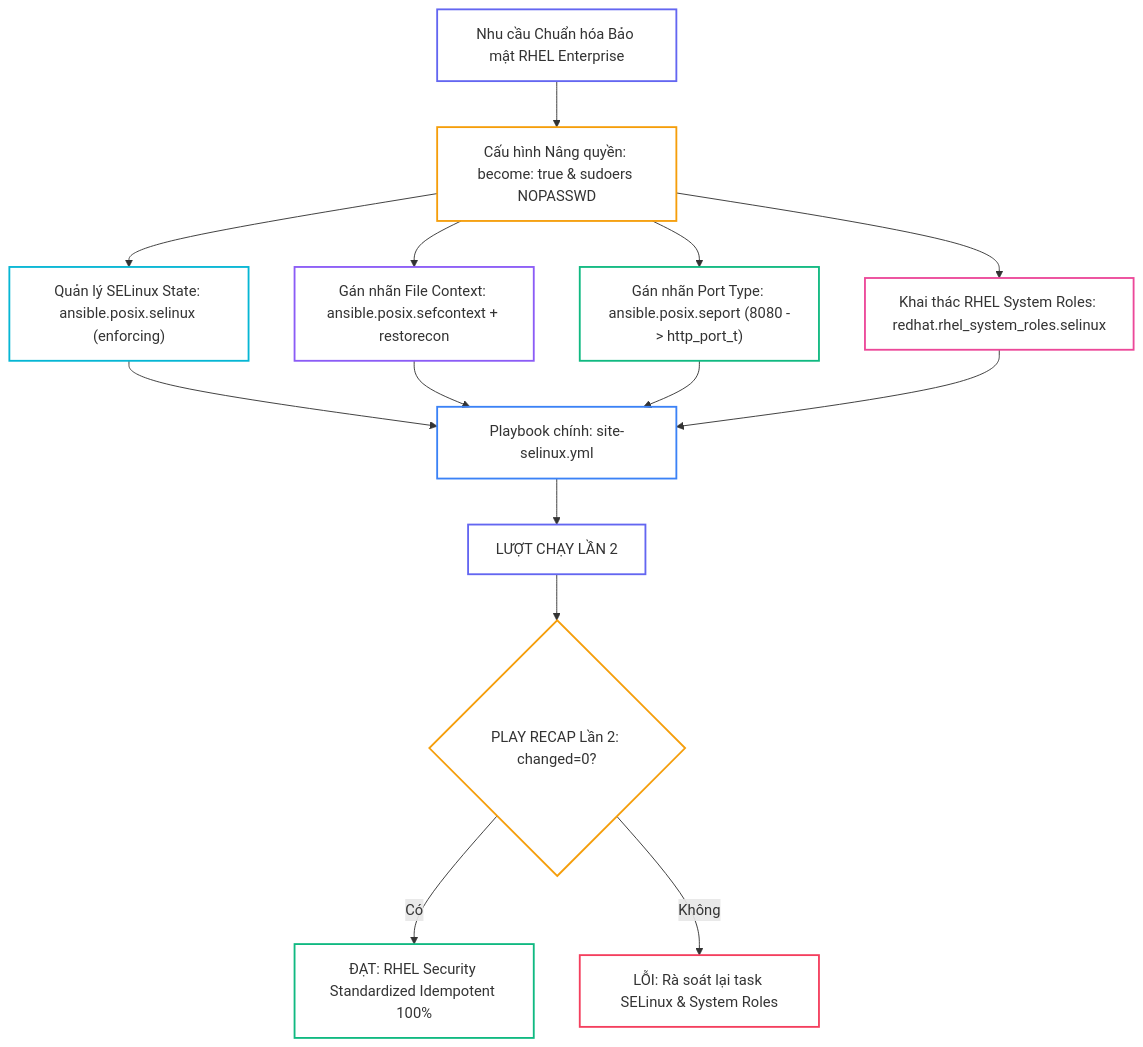
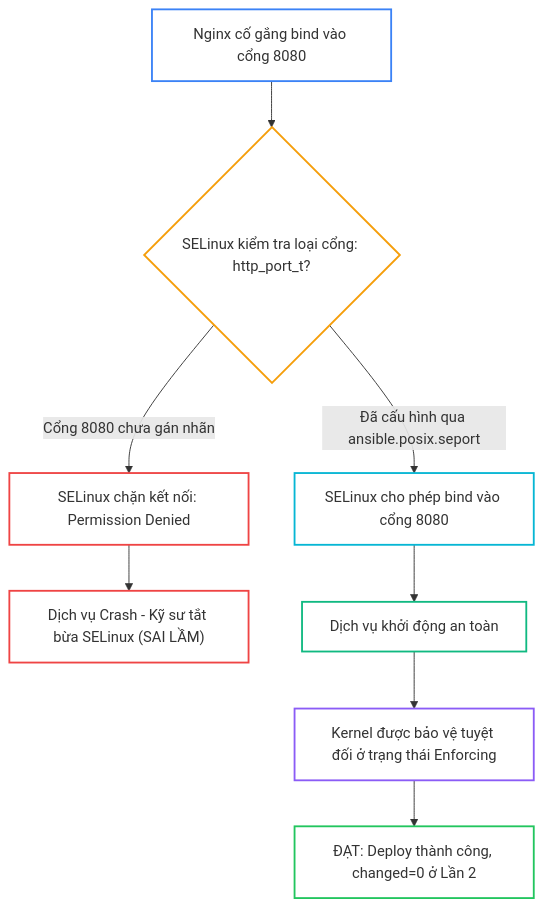
One commit to kiennt308/ntk changed the second of 3 diagrams in _posts/2026-09-13-ansible-21-21-system-roles-selinux.md. Above: the diagram before and after it, drawn with Mermaid. The commit also changed other lines of this file and 30 other files, not shown here.

````diff
--- a/_posts/2026-09-13-ansible-21-21-system-roles-selinux.md
+++ b/_posts/2026-09-13-ansible-21-21-system-roles-selinux.md
@@ -339,32 +225,20 @@
 ```mermaid
 flowchart TD
-    A["Nhu cầu Chuẩn hóa Bảo mật RHEL Enterprise"] --> B["Cấu hình Nâng quyền: become: true & sudoers NOPASSWD"]
+    A["Nginx cố gắng bind vào cổng 8080"] --> B{"SELinux kiểm tra loại cổng: http_port_t?"}
+    B -->|"Cổng 8080 chưa gán nhãn"| C["SELinux chặn kết nối: Permission Denied"]
+    C --> D["Dịch vụ Crash - Kỹ sư tắt bừa SELinux (SAI LẦM)"]
     
-    B --> C["Quản lý SELinux State: ansible.posix.selinux (enforcing)"]
-    B --> D["Gán nhãn File Context: ansible.posix.sefcontext + restorecon"]
-    B --> E["Gán nhãn Port Type: ansible.posix.seport (8080 -> http_port_t)"]
-    B --> F["Khai thác RHEL System Roles: redhat.rhel_system_roles.selinux"]
-    
-    C --> G["Playbook chính: site-selinux.yml"]
-    D --> G
-    E --> G
-    F --> G
-    
-    G --> H["LƯỢT CHẠY LẦN 2"]
-    H --> I{"PLAY RECAP Lần 2: changed=0?"}
-    
-    I -->|"Có"| J["ĐẠT: RHEL Security Standardized Idempotent 100%"]
-    I -->|"Không"| K["LỖI: Rà soát lại task SELinux & System Roles"]
+    B -->|"Đã cấu hình qua ansible.posix.seport"| E["SELinux cho phép bind vào cổng 8080"]
+    E --> F["Dịch vụ khởi động an toàn"]
+    F --> G["Kernel được bảo vệ tuyệt đối ở trạng thái Enforcing"]
+    G --> H["ĐẠT: Deploy thành công, changed=0 ở Lần 2"]
 
-    style A fill:none,stroke:#6366f1,stroke-width:2px
+    style A fill:none,stroke:#3b82f6,stroke-width:2px
     style B fill:none,stroke:#f59e0b,stroke-width:2px
-    style C fill:none,stroke:#06b6d4,stroke-width:2px
-    style D fill:none,stroke:#8b5cf6,stroke-width:2px
-    style E fill:none,stroke:#10b981,stroke-width:2px
-    style F fill:none,stroke:#ec4899,stroke-width:2px
-    style G fill:none,stroke:#3b82f6,stroke-width:2px
-    style H fill:none,stroke:#6366f1,stroke-width:2px
-    style I fill:none,stroke:#f59e0b,stroke-width:2px
-    style J fill:none,stroke:#10b981,stroke-width:2px
-    style K fill:none,stroke:#f43f5e,stroke-width:2px
+    style C fill:none,stroke:#ef4444,stroke-width:2px
+    style D fill:none,stroke:#ef4444,stroke-width:2px
+    style E fill:none,stroke:#06b6d4,stroke-width:2px
+    style F fill:none,stroke:#10b981,stroke-width:2px
+    style G fill:none,stroke:#8b5cf6,stroke-width:2px
+    style H fill:none,stroke:#22c55e,stroke-width:2px
 ```
````
